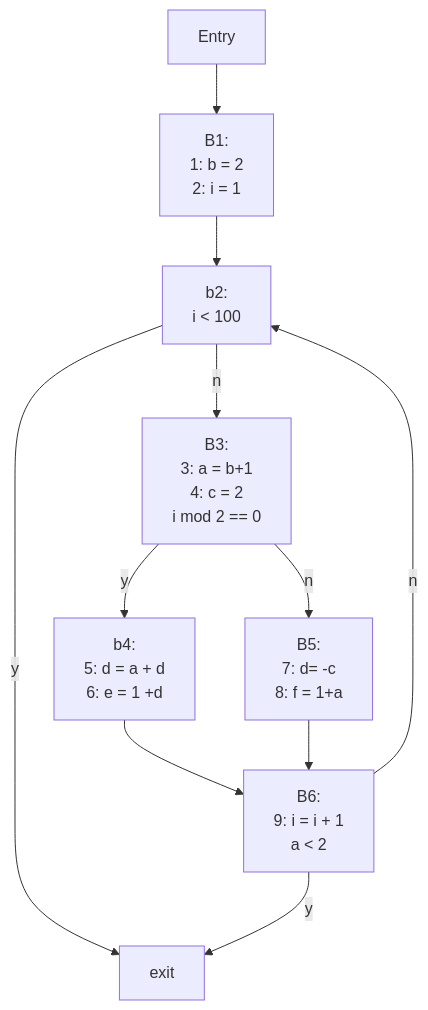
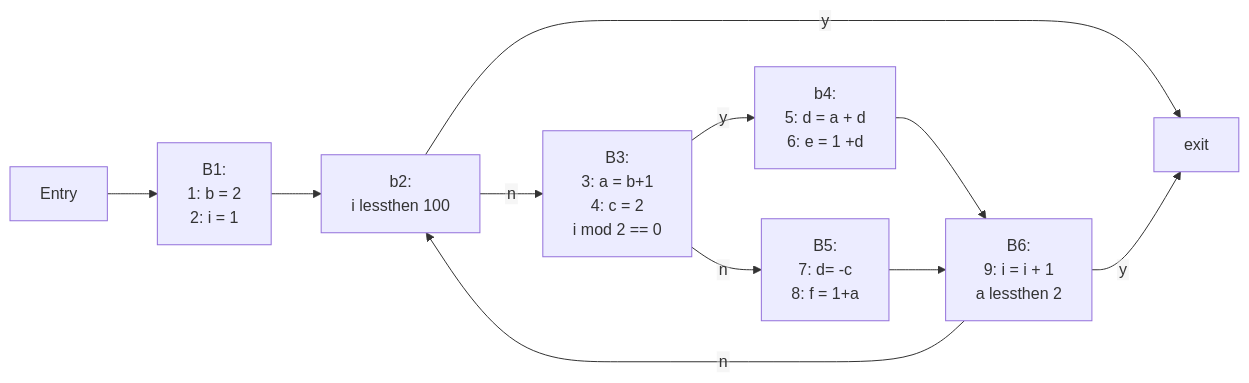
Before and after one commit to normrubin/normrubin.github.io: the third of 3 diagrams in lectures/05b_licm.qmd, drawn with Mermaid. The commit also changed other lines of this file and 4 other files, not shown here.

````diff
--- a/lectures/05b_licm.qmd
+++ b/lectures/05b_licm.qmd
@@ -84,32 +155,33 @@
 ```{mermaid}
-    graph TD;
-B1[" B1:
-      1: b = 2
-      2: i = 1"]
+%%{init: {"flowchart": {"htmlLabels": false}} }%%
+    graph  LR;
+B1["B1:
+     1: b = 2
+     2: i = 1"]
+
 B2["b2:
-   i < 100"]
+   i lessthen 100"]
 B3["B3:
    3: a = b+1
    4: c = 2
    i mod 2 == 0"]
 B4["b4: 
     5: d = a + d 
     6: e = 1 +d"]
 B5["B5:
     7: d= -c
     8: f = 1+a"]
 B6["B6:
   9: i = i + 1
-     a < 2"]
+     a lessthen 2"]
 Entry --> B1
 B1--> B2
 B2 -- y -->exit;
 B2 --n --> B3
 B3 --y --> B4
 B3 --n --> B5
 B4--> B6
 B5 --> B6
 B6 --y --> exit
 B6 --n --> B2
-
 ```
````
